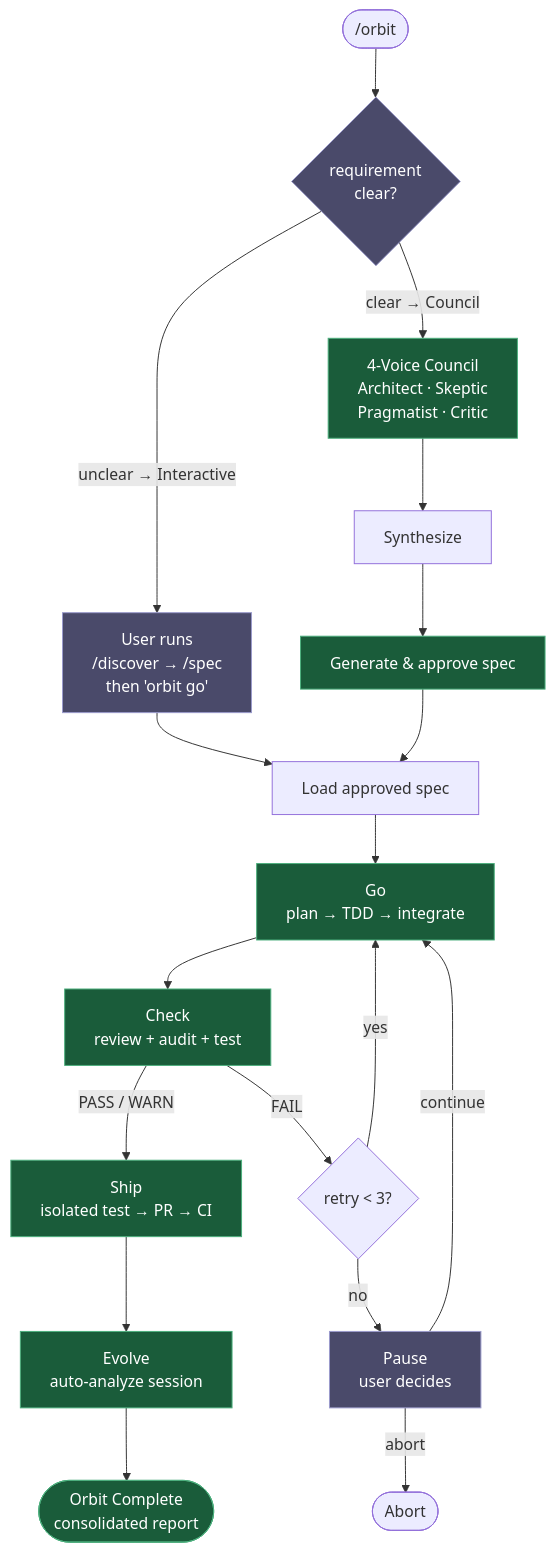
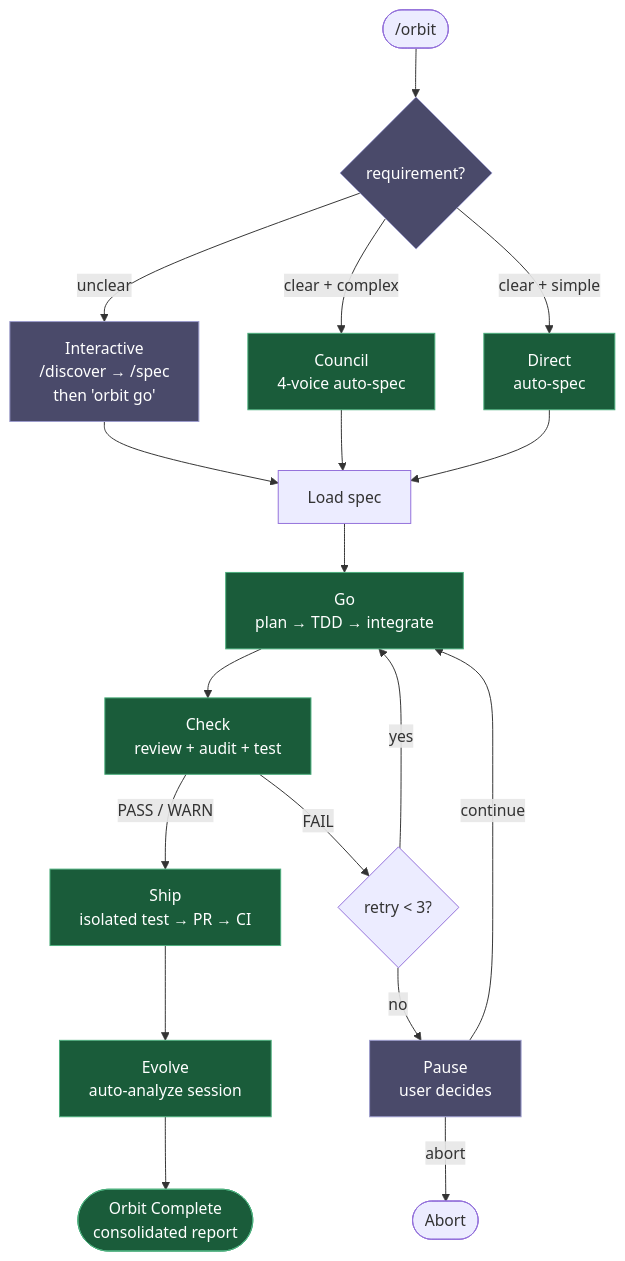
One commit to epicsagas/epic-harness changed the second of 3 diagrams in README.md. Above: the diagram before and after it, drawn with Mermaid. The commit also changed other lines of this file and 3 other files, not shown here.

First line of the commit message:
feat(orbit): add direct build mode for clear + simple requirements

````diff
--- a/README.md
+++ b/README.md
@@ -145,22 +145,23 @@
 ```mermaid
 flowchart TD
-    START(["/orbit"]) --> MODE{"requirement\nclear?"}:::human
-    MODE -->|"unclear → Interactive"| WAIT["User runs\n/discover → /spec\nthen 'orbit go'"]:::human
-    MODE -->|"clear → Council"| COUNCIL["4-Voice Council\nArchitect · Skeptic\nPragmatist · Critic"]:::auto
-    WAIT --> SPEC_LOAD["Load approved spec"]
-    COUNCIL --> SYNTH["Synthesize"] --> GEN["Generate & approve spec"]:::auto
-    GEN --> SPEC_LOAD
+    START(["/orbit"]) --> MODE{"requirement?"}:::human
+    MODE -->|"unclear"| WAIT["Interactive\n/discover → /spec\nthen 'orbit go'"]:::human
+    MODE -->|"clear + complex"| COUNCIL["Council\n4-voice auto-spec"]:::auto
+    MODE -->|"clear + simple"| DIRECT["Direct\nauto-spec"]:::auto
+    WAIT --> SPEC_LOAD["Load spec"]
+    COUNCIL --> SPEC_LOAD
+    DIRECT --> SPEC_LOAD
     SPEC_LOAD --> GO["Go\nplan → TDD → integrate"]:::auto
     GO --> CHECK["Check\nreview + audit + test"]:::auto
     CHECK -->|"PASS / WARN"| SHIP["Ship\nisolated test → PR → CI"]:::auto
     CHECK -->|FAIL| RETRY{"retry < 3?"}
     RETRY -->|yes| GO
     RETRY -->|no| PAUSE["Pause\nuser decides"]:::human
     PAUSE -->|continue| GO
     PAUSE -->|abort| ABORT(["Abort"])
     SHIP --> EVOLVE["Evolve\nauto-analyze session"]:::auto
     EVOLVE --> DONE(["Orbit Complete\nconsolidated report"]):::auto
 
     classDef human fill:#4a4a6a,stroke:#9b9bcc,color:#fff
     classDef auto  fill:#1a5c3a,stroke:#4caf7d,color:#fff
 ```
````
